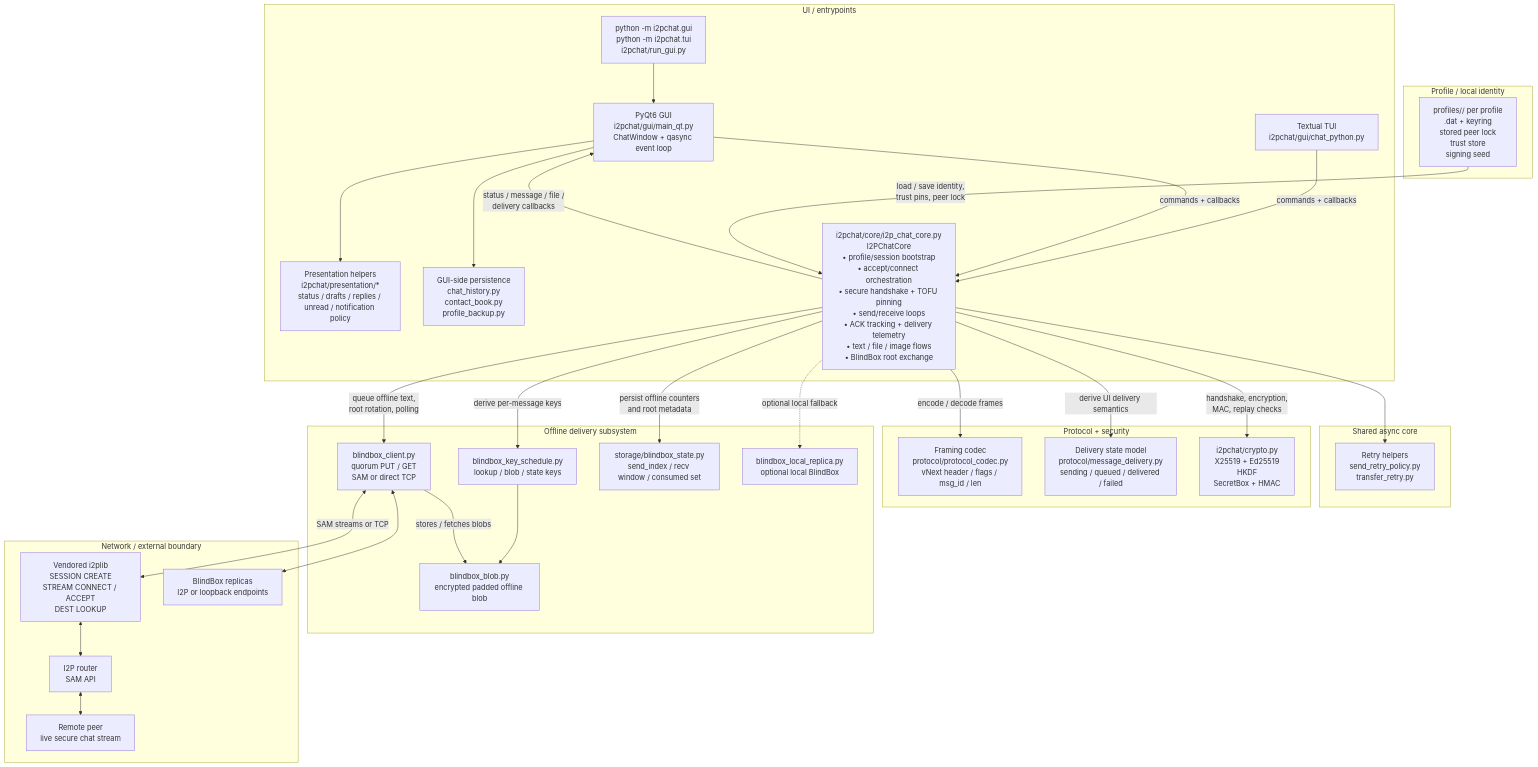
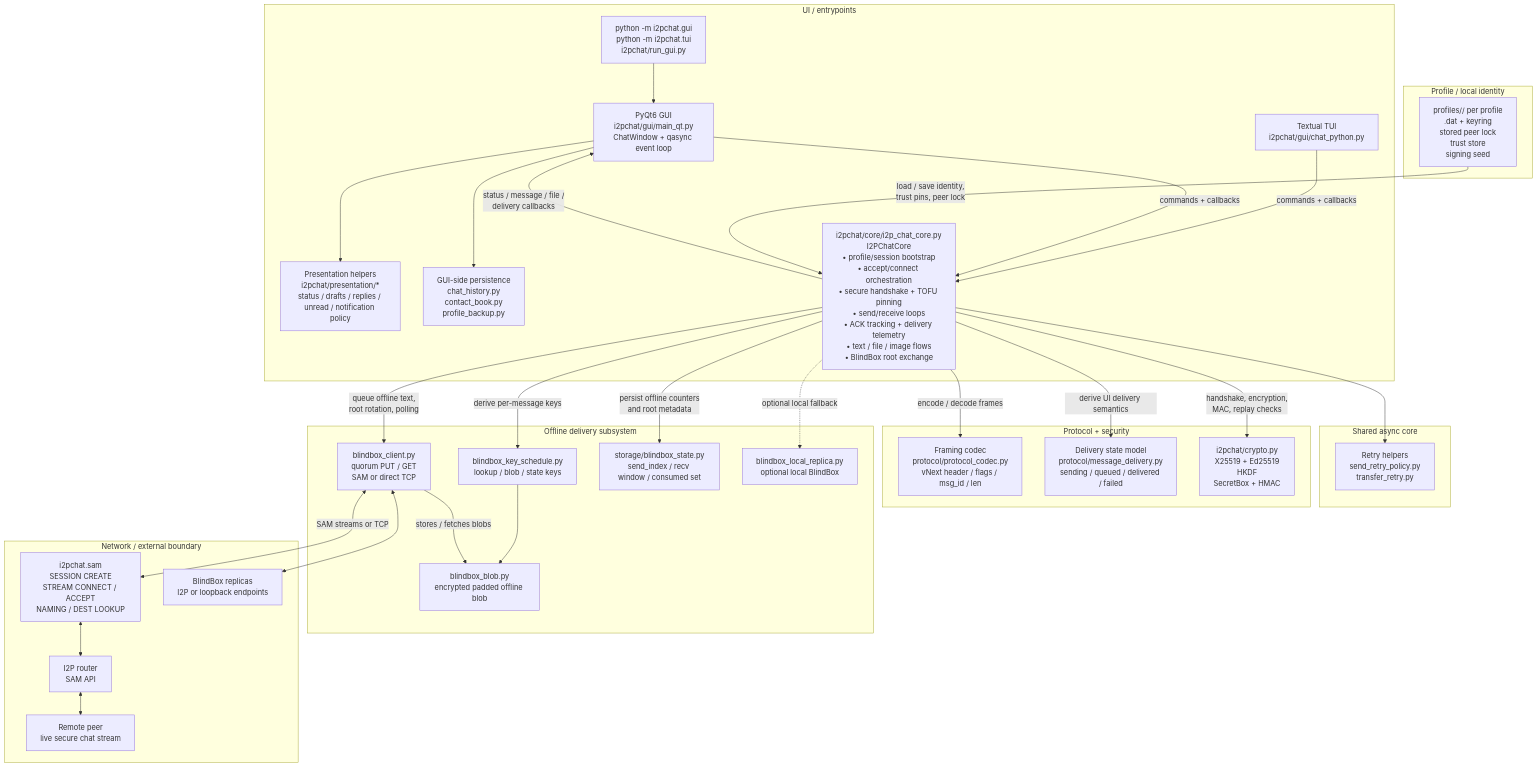
One commit to MetanoicArmor/I2PChat changed the diagram in README.md. Above: the diagram before and after it, drawn with Mermaid. The commit also changed other lines of this file and 50 other files, not shown here.

```diff
--- a/README.md
+++ b/README.md
@@ -139,10 +139,10 @@
     end
 
     subgraph Transport["Network / external boundary"]
-        i2plib["Vendored i2plib
+        samLayer["i2pchat.sam
 SESSION CREATE
 STREAM CONNECT / ACCEPT
-DEST LOOKUP"]
+NAMING / DEST LOOKUP"]
         sam["I2P router
 SAM API"]
         peer["Remote peer
@@ -173,8 +173,8 @@
 and root metadata"| bbstate
     core -.->|"optional local fallback"| bblocal
     bbclient -->|"stores / fetches blobs"| bbblob
-    bbclient <-->|"SAM streams or TCP"| i2plib
-    i2plib <--> sam
+    bbclient <-->|"SAM streams or TCP"| samLayer
+    samLayer <--> sam
     sam <--> peer
     bbclient <--> boxes
     core -->|"status / message / file /
```
